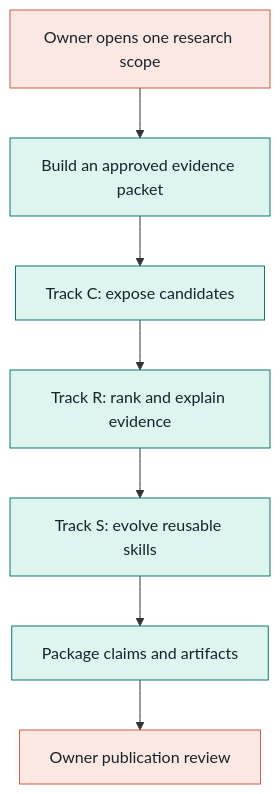
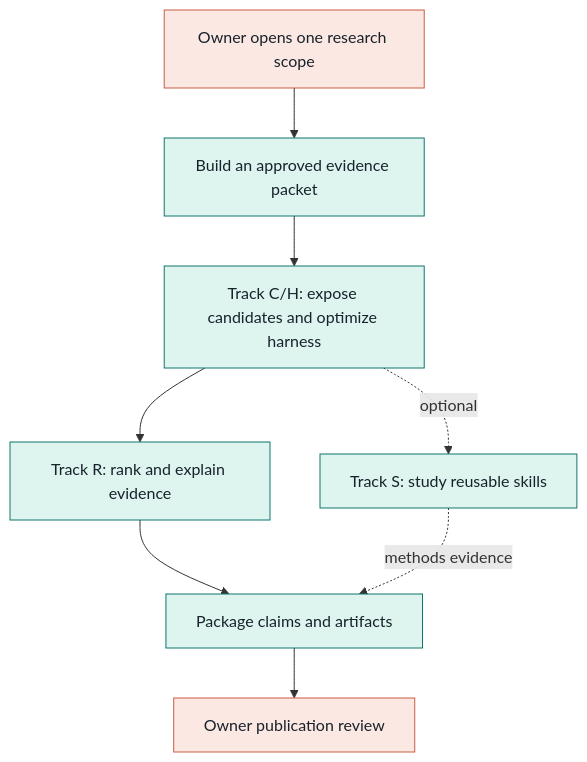
Before and after one commit to siriponsri/myIS: the first of 6 diagrams in PLAN.md, drawn with Mermaid. The commit also changed other lines of this file and 28 other files, not shown here.

Commit message:
docs(governance): activate HarnessOpt research workflow

````diff
--- a/PLAN.md
+++ b/PLAN.md
@@ -14,18 +16,19 @@
 ```mermaid
 flowchart TD
     accTitle: Ordered myIS research program
-    accDescr: Governance opens evidence collection, Track C freezes candidates, Track R ranks them, Track S studies reusable skills, and the Owner reviews publication evidence.
+    accDescr: Governance opens evidence collection, Track C/H freezes candidates and compares harnesses, Track R ranks them, and the Owner reviews publication evidence.
 
     Gate["Owner opens one research scope"] --> Evidence["Build an approved evidence packet"]
-    Evidence --> C["Track C: expose candidates"]
+    Evidence --> C["Track C/H: expose candidates and optimize harness"]
     C --> R["Track R: rank and explain evidence"]
-    R --> S["Track S: evolve reusable skills"]
-    S --> Package["Package claims and artifacts"]
+    R --> Package["Package claims and artifacts"]
+    C -. optional .-> S["Track S: study reusable skills"]
+    S -. methods evidence .-> Package
     Package --> Review["Owner publication review"]
 
     classDef owner fill:#FCE8E3,stroke:#C95D42,color:#17222B
     classDef agent fill:#DDF4EF,stroke:#0F766E,color:#17222B
     classDef review fill:#FFF3CD,stroke:#B7791F,color:#17222B
     class Gate,Review owner
     class Evidence,C,R,S,Package agent
 ```
````
